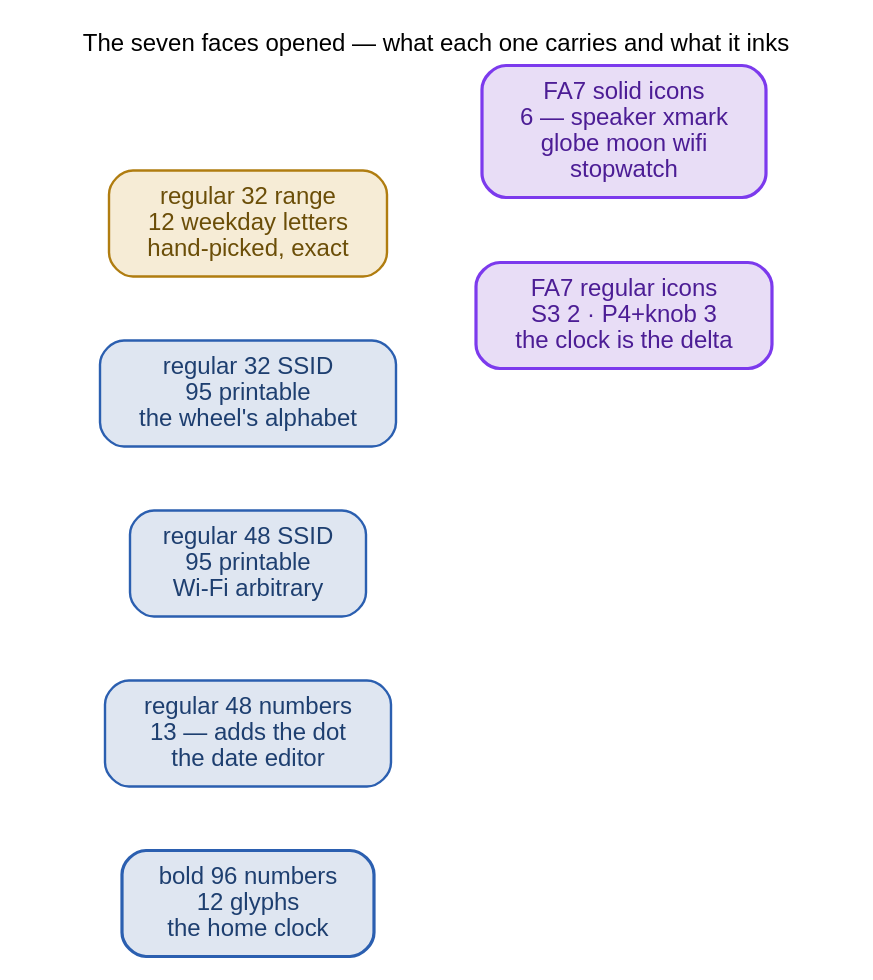
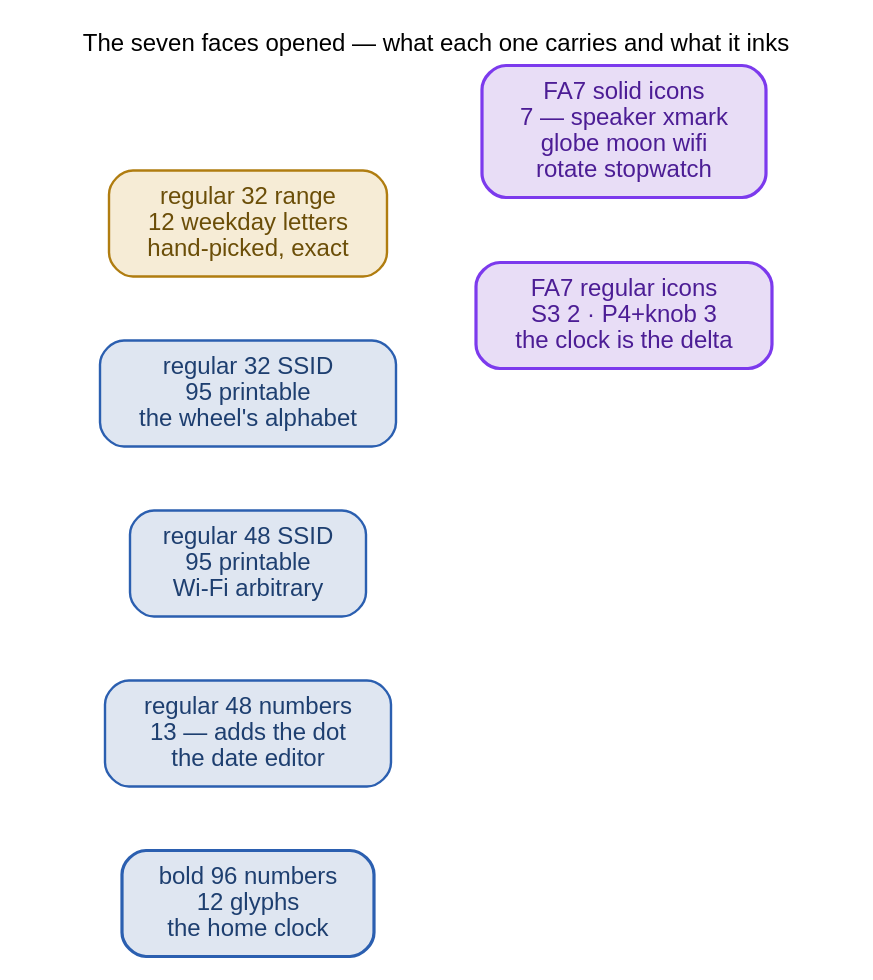
One commit to ukos-git/moon-clock-esp changed the diagram in docs/_graphs/type-family-faces.dot. Above: the diagram before and after it, drawn with Graphviz. The commit also changed 44 other files, not shown here.

```diff
--- a/docs/_graphs/type-family-faces.dot
+++ b/docs/_graphs/type-family-faces.dot
@@ -1,43 +1,43 @@
 // THE SEVEN FACES opened: each face with its parsed glyph inventory
 // and what it inks. Every count re-derived at figure time by
 // docs/tools/gen_perf_glyphs.py (SystemExit on drift); the full Opts
 // strings, codepoint lists and per-face ask counts live in this
 // file's provenance notes and the page caption. The faces in black
 // boxes are docs/_graphs/type-family.dot (this page); the tiers and
 // choosers open in type-family-tiers.dot; the askers in
 // type-family-asks.dot. FONTS: 12 pt = the page's 16 px body text at
 // 1:1 — kept inside the content column.
 // Rendered inline as SVG by sphinx.ext.graphviz (dot on PATH).
 digraph type_family_faces {
     rankdir=LR;
     label="The seven faces opened — what each one carries and what it inks";
     labelloc="t"; labeljust="c";
     fontname="Helvetica"; fontsize=12;
     graph [nodesep=0.45, ranksep=0.55];
     node [fontname="Helvetica", fontsize=12, shape=box, style="rounded,filled",
           width=0, height=0, margin="0.16,0.10", fillcolor="#f2f2ef",
           color="#525252", penwidth=1.2];
     edge [fontname="Helvetica", fontsize=12, color="#8a8a8a", penwidth=1.3];
 
     {   rank=same;
         f_num96 [label="bold 96 numbers\n12 glyphs\nthe home clock",
                  fillcolor="#dfe6f1", color="#2b5fb0", fontcolor="#1e3f70", penwidth=1.6];
         f_num48 [label="regular 48 numbers\n13 — adds the dot\nthe date editor",
                  fillcolor="#dfe6f1", color="#2b5fb0", fontcolor="#1e3f70"];
         f_ssid48 [label="regular 48 SSID\n95 printable\nWi-Fi arbitrary",
                   fillcolor="#dfe6f1", color="#2b5fb0", fontcolor="#1e3f70"];
         f_ssid32 [label="regular 32 SSID\n95 printable\nthe wheel's alphabet",
                   fillcolor="#dfe6f1", color="#2b5fb0", fontcolor="#1e3f70"];
         f_range32 [label="regular 32 range\n12 weekday letters\nhand-picked, exact",
                    fillcolor="#f6ecd6", color="#b07d10", fontcolor="#6b4e08"];
     }
     {   rank=same;
-        f_solid [label="FA7 solid icons\n6 — speaker xmark\nglobe moon wifi\nstopwatch",
+        f_solid [label="FA7 solid icons\n7 — speaker xmark\nglobe moon wifi\nrotate stopwatch",
                  fillcolor="#e8ddf6", color="#7c3aed", fontcolor="#4c1d95", penwidth=1.6];
         f_regular [label="FA7 regular icons\nS3 2 · P4+knob 3\nthe clock is the delta",
                    fillcolor="#e8ddf6", color="#7c3aed", fontcolor="#4c1d95", penwidth=1.6];
     }
 
     f_range32 -> f_solid [style=invis];
     f_range32 -> f_regular [style=invis];
 }
```
